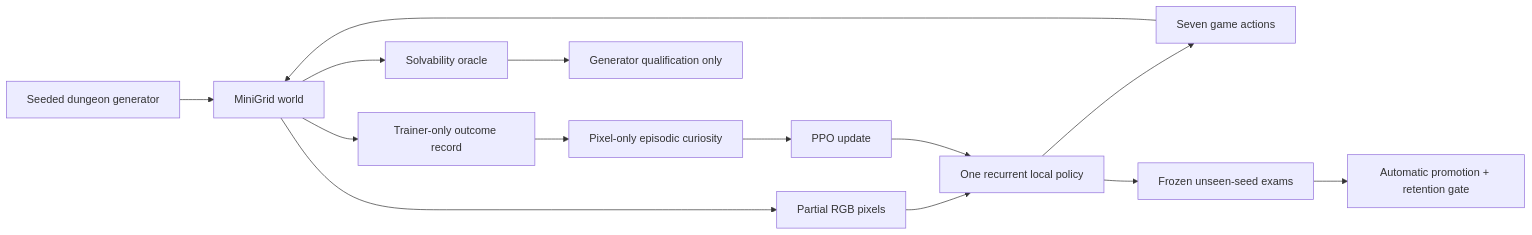
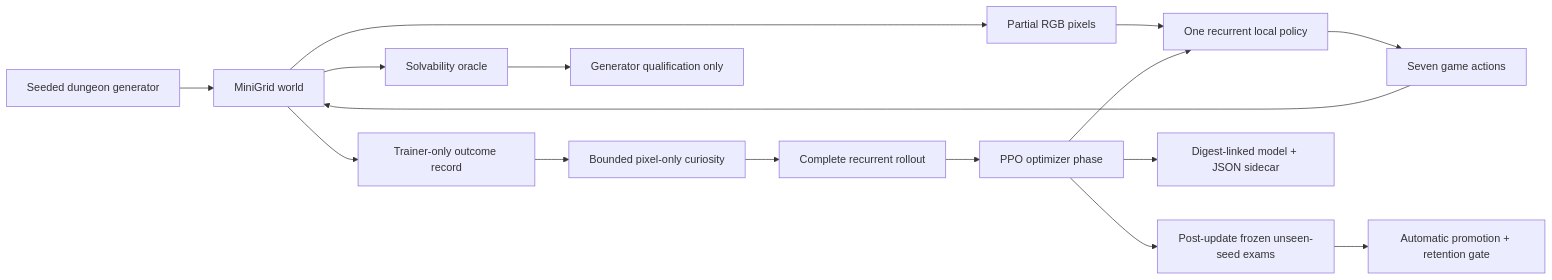
Before and after one commit to PeteAndrews1289/dungeon-apprentice: the diagram in docs/architecture.md, drawn with Mermaid. The commit also changed other lines of this file and 24 other files, not shown here.

````diff
--- a/docs/architecture.md
+++ b/docs/architecture.md
@@ -3,16 +3,18 @@
 ```mermaid
 flowchart LR
     Seed["Seeded dungeon generator"] --> World["MiniGrid world"]
     World --> Pixels["Partial RGB pixels"]
     Pixels --> Policy["One recurrent local policy"]
     Policy --> Buttons["Seven game actions"]
     Buttons --> World
     World --> Info["Trainer-only outcome record"]
-    Info --> Curiosity["Pixel-only episodic curiosity"]
-    Curiosity --> PPO["PPO update"]
+    Info --> Curiosity["Bounded pixel-only curiosity"]
+    Curiosity --> Rollout["Complete recurrent rollout"]
+    Rollout --> PPO["PPO optimizer phase"]
     PPO --> Policy
     World --> Oracle["Solvability oracle"]
     Oracle --> Valid["Generator qualification only"]
-    Policy --> Exam["Frozen unseen-seed exams"]
+    PPO --> Exam["Post-update frozen unseen-seed exams"]
     Exam --> Gate["Automatic promotion + retention gate"]
+    PPO --> Bundle["Digest-linked model + JSON sidecar"]
 ```
````
